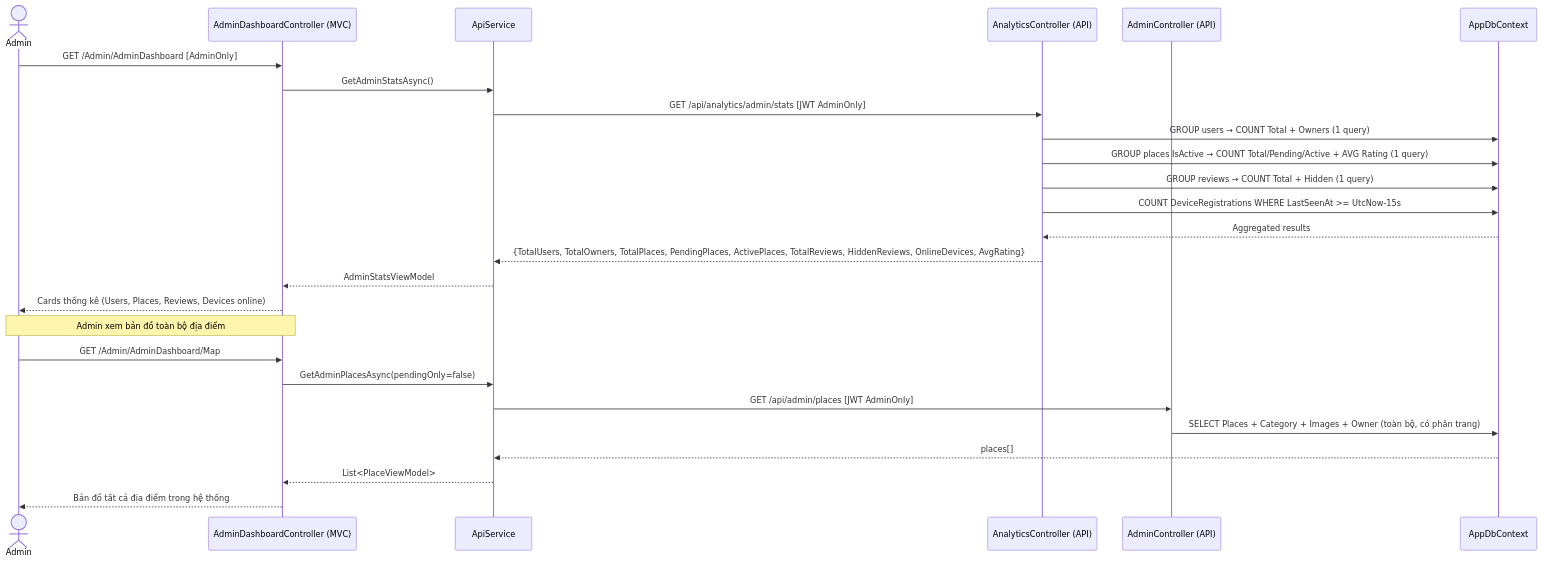
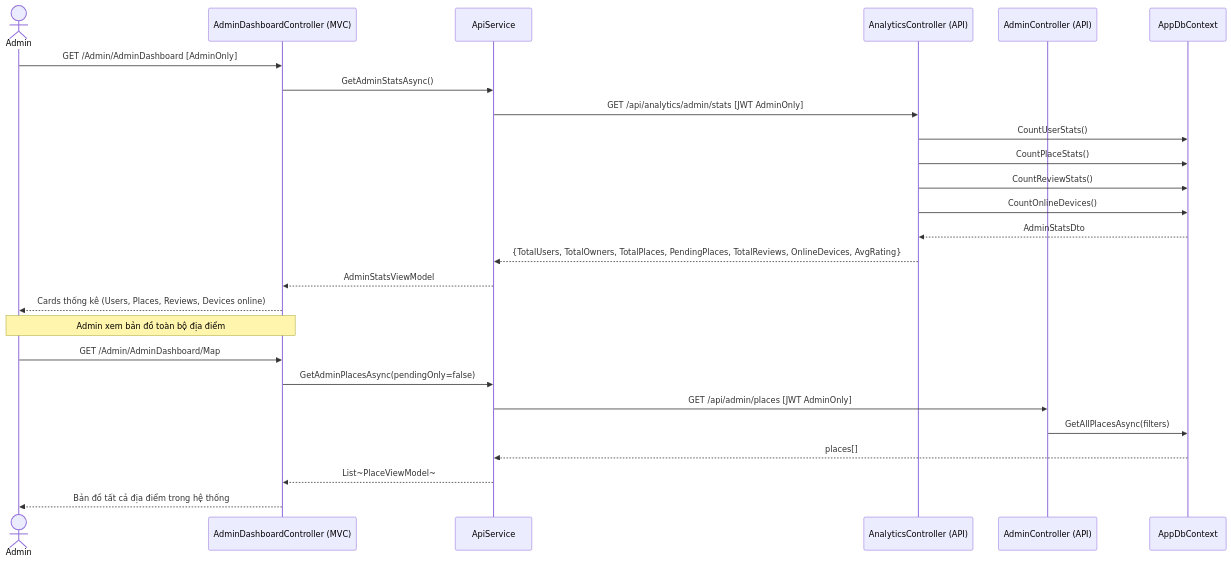
Diagram 15 of 27 in PRD.md (MTai55/csharp), drawn with Mermaid before and after one commit. The commit also changed other lines of this file, not shown here.

Commit message:
Sửa Sequence trong prd

````diff
--- a/PRD.md
+++ b/PRD.md
@@ -1787,30 +1844,30 @@
 ```mermaid
 sequenceDiagram
     actor Admin
     participant DashMVC as AdminDashboardController (MVC)
     participant API as ApiService
     participant AnalyticsAPI as AnalyticsController (API)
     participant AdminAPI as AdminController (API)
     participant DB as AppDbContext
 
     Admin->>DashMVC: GET /Admin/AdminDashboard [AdminOnly]
     DashMVC->>API: GetAdminStatsAsync()
     API->>AnalyticsAPI: GET /api/analytics/admin/stats [JWT AdminOnly]
-    AnalyticsAPI->>DB: GROUP users → COUNT Total + Owners (1 query)
-    AnalyticsAPI->>DB: GROUP places IsActive → COUNT Total/Pending/Active + AVG Rating (1 query)
-    AnalyticsAPI->>DB: GROUP reviews → COUNT Total + Hidden (1 query)
-    AnalyticsAPI->>DB: COUNT DeviceRegistrations WHERE LastSeenAt >= UtcNow-15s
-    DB-->>AnalyticsAPI: Aggregated results
-    AnalyticsAPI-->>API: {TotalUsers, TotalOwners, TotalPlaces, PendingPlaces, ActivePlaces, TotalReviews, HiddenReviews, OnlineDevices, AvgRating}
+    AnalyticsAPI->>DB: CountUserStats()
+    AnalyticsAPI->>DB: CountPlaceStats()
+    AnalyticsAPI->>DB: CountReviewStats()
+    AnalyticsAPI->>DB: CountOnlineDevices()
+    DB-->>AnalyticsAPI: AdminStatsDto
+    AnalyticsAPI-->>API: {TotalUsers, TotalOwners, TotalPlaces, PendingPlaces, TotalReviews, OnlineDevices, AvgRating}
     API-->>DashMVC: AdminStatsViewModel
     DashMVC-->>Admin: Cards thống kê (Users, Places, Reviews, Devices online)
 
     Note over Admin,DashMVC: Admin xem bản đồ toàn bộ địa điểm
     Admin->>DashMVC: GET /Admin/AdminDashboard/Map
     DashMVC->>API: GetAdminPlacesAsync(pendingOnly=false)
     API->>AdminAPI: GET /api/admin/places [JWT AdminOnly]
-    AdminAPI->>DB: SELECT Places + Category + Images + Owner (toàn bộ, có phân trang)
+    AdminAPI->>DB: GetAllPlacesAsync(filters)
     DB-->>API: places[]
-    API-->>DashMVC: List<PlaceViewModel>
+    API-->>DashMVC: List~PlaceViewModel~
     DashMVC-->>Admin: Bản đồ tất cả địa điểm trong hệ thống
 ```
````
